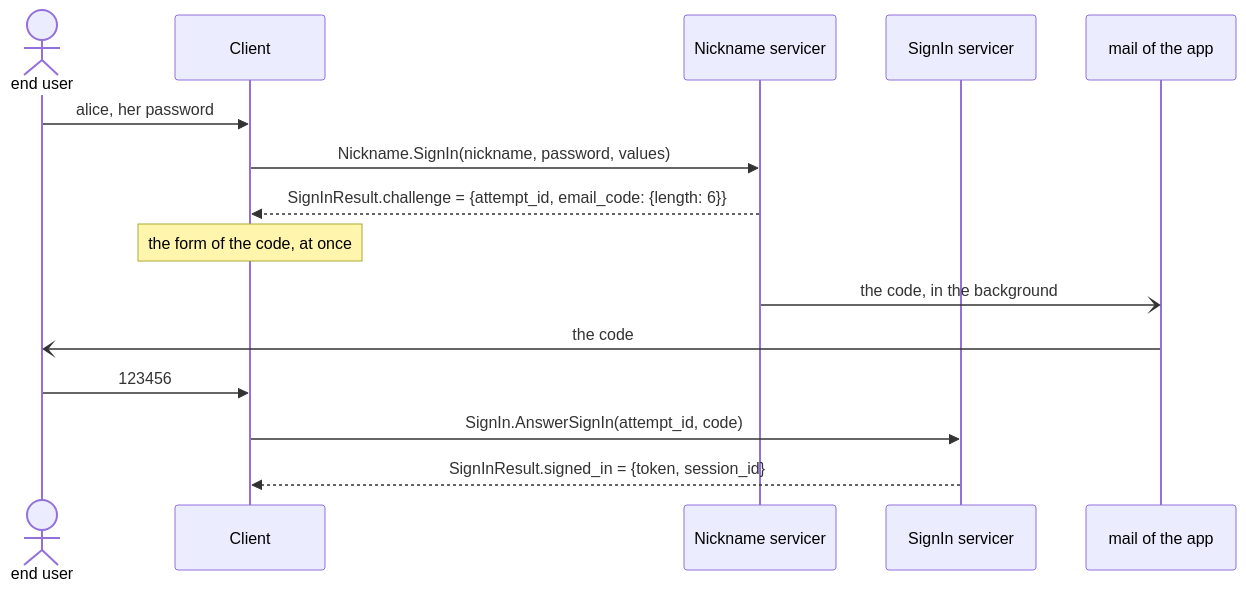
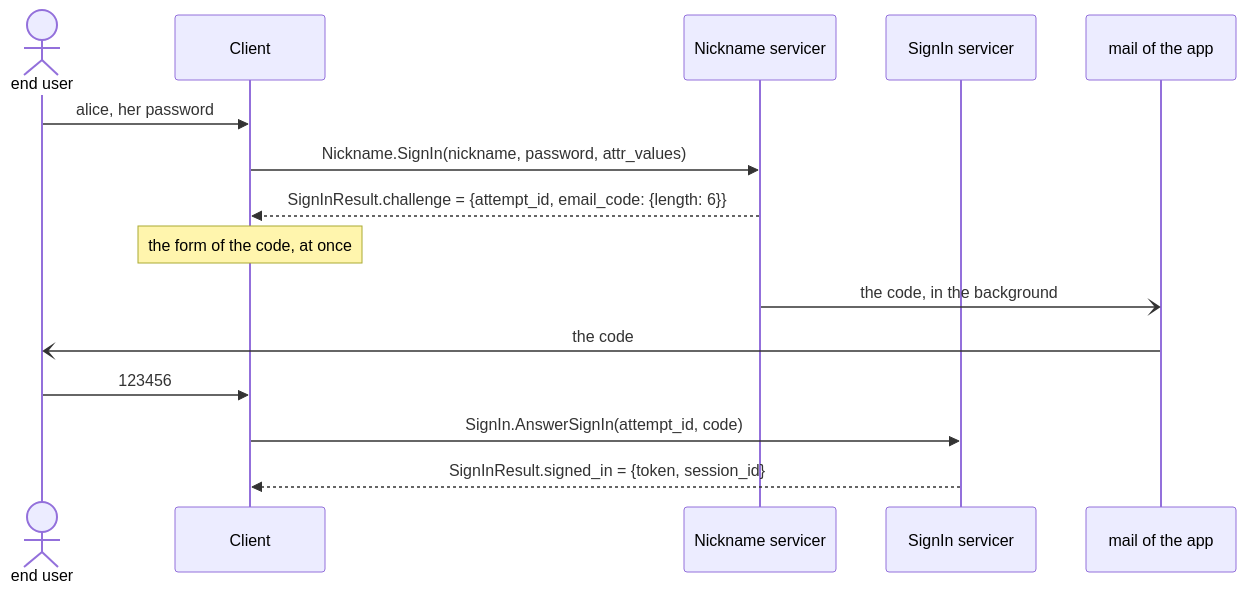
One commit to ak-ingots/ingots-libs changed the diagram in docs/design/auth/methods/factors.md. Above: the diagram before and after it, drawn with Mermaid. The commit also changed 8 other files, not shown here.

````diff
--- a/docs/design/auth/methods/factors.md
+++ b/docs/design/auth/methods/factors.md
@@ -32,17 +32,17 @@
 ```mermaid
 sequenceDiagram
     actor User as end user
     participant Client
     participant Method as Nickname servicer
     participant Flow as SignIn servicer
     participant Mail as mail of the app
     User->>Client: alice, her password
-    Client->>Method: Nickname.SignIn(nickname, password, values)
+    Client->>Method: Nickname.SignIn(nickname, password, attr_values)
     Method-->>Client: SignInResult.challenge = {attempt_id, email_code: {length: 6}}
     Note over Client: the form of the code, at once
     Method-)Mail: the code, in the background
     Mail-)User: the code
     User->>Client: 123456
     Client->>Flow: SignIn.AnswerSignIn(attempt_id, code)
     Flow-->>Client: SignInResult.signed_in = {token, session_id}
 ```
````
